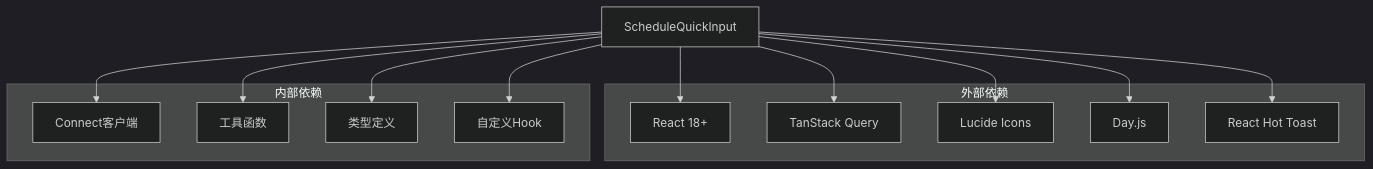
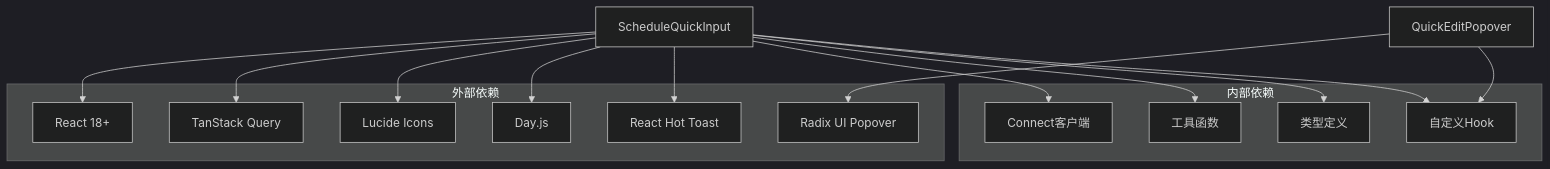
Before and after one commit to hrygo/memos: diagram 13 of 15 in .qoder/repowiki/zh/content/UI 组件库/专用功能组件/日程快速输入组件.md, drawn with Mermaid (dark theme). The commit also changed other lines of this file and 29 other files, not shown here.

````diff
--- a/.qoder/repowiki/zh/content/UI 组件库/专用功能组件/日程快速输入组件.md
+++ b/.qoder/repowiki/zh/content/UI 组件库/专用功能组件/日程快速输入组件.md
@@ -443,25 +544,28 @@
 ```mermaid
 graph TB
 subgraph "外部依赖"
 React[React 18+]
 TanStack[TanStack Query]
 Lucide[Lucide Icons]
 DayJS[Day.js]
 Toast[React Hot Toast]
+Radix[Radix UI Popover]
 end
 subgraph "内部依赖"
 Connect[Connect客户端]
 Utils[工具函数]
 Types[类型定义]
 Hooks[自定义Hook]
 end
 ScheduleQuickInput --> React
 ScheduleQuickInput --> TanStack
 ScheduleQuickInput --> Lucide
 ScheduleQuickInput --> DayJS
 ScheduleQuickInput --> Toast
 ScheduleQuickInput --> Connect
 ScheduleQuickInput --> Utils
 ScheduleQuickInput --> Types
 ScheduleQuickInput --> Hooks
+QuickEditPopover --> Radix
+QuickEditPopover --> Hooks
 ```
````
